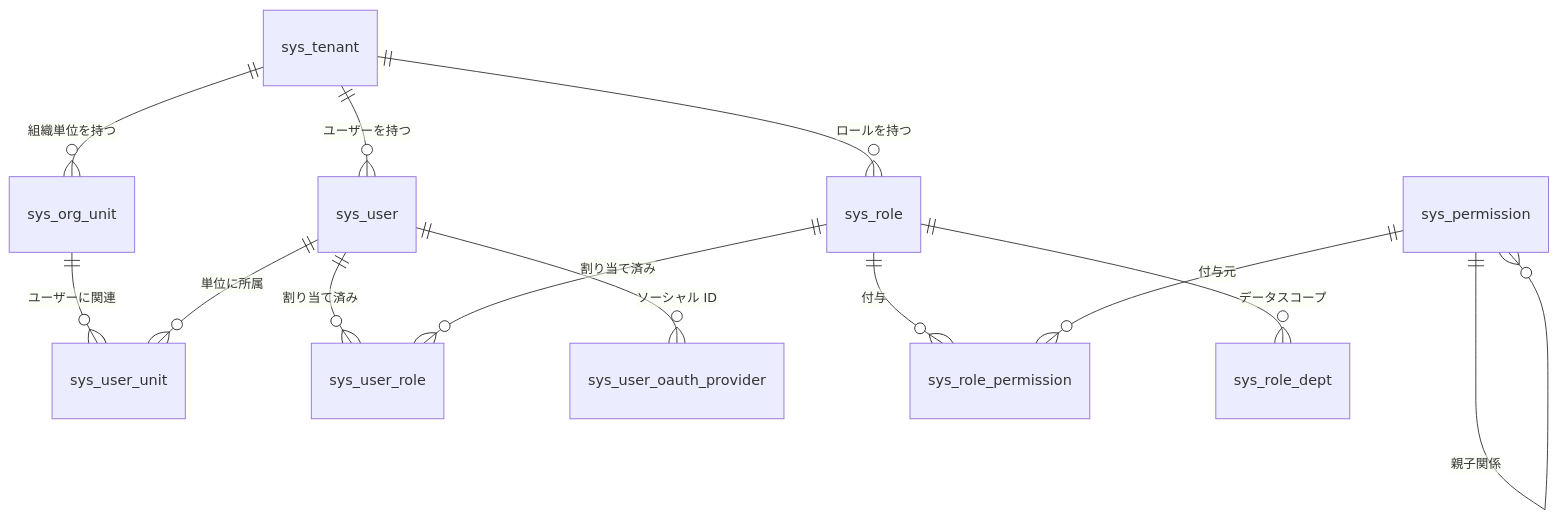
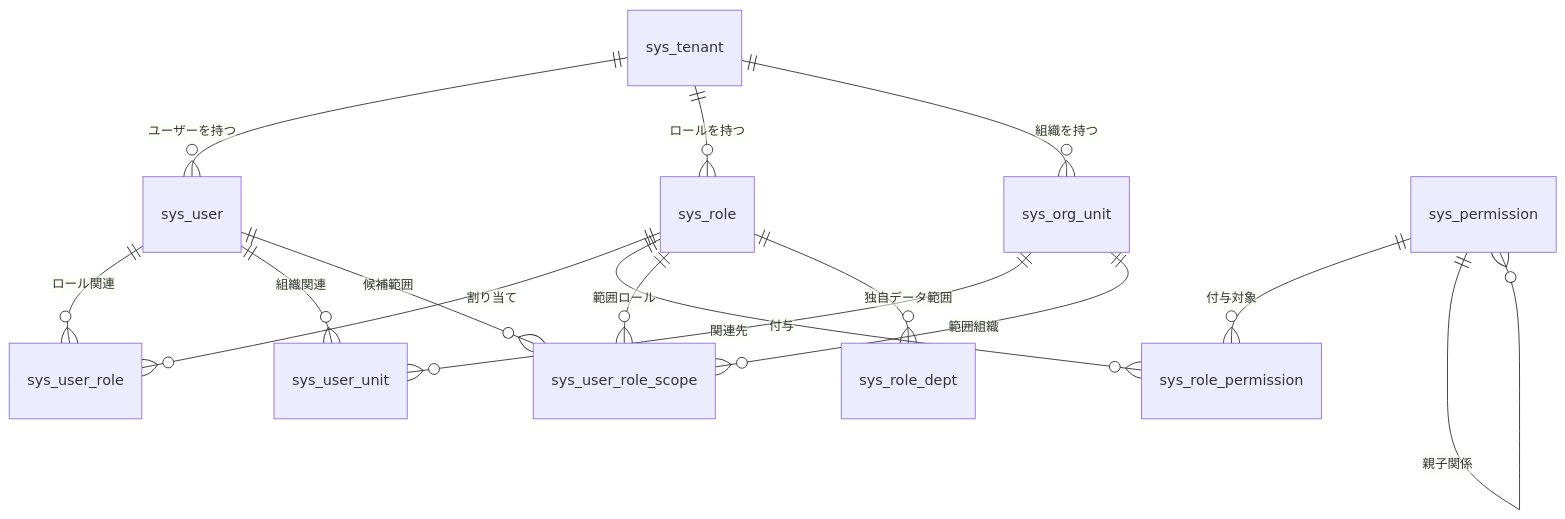
The diagram in docs/architecture.jp.md (wang-baohai/Omni-Stack), drawn with Mermaid before and after one commit. The commit also changed other lines of this file and 1095 other files, not shown here.

````diff
--- a/docs/architecture.jp.md
+++ b/docs/architecture.jp.md
@@ -415,15 +280,17 @@
 ```mermaid
 erDiagram
     sys_tenant ||--o{ sys_user : "ユーザーを持つ"
     sys_tenant ||--o{ sys_role : "ロールを持つ"
-    sys_tenant ||--o{ sys_org_unit : "組織単位を持つ"
-    sys_org_unit ||--o{ sys_user_unit : "ユーザーに関連"
-    sys_user ||--o{ sys_user_unit : "単位に所属"
-    sys_user ||--o{ sys_user_role : "割り当て済み"
-    sys_user ||--o{ sys_user_oauth_provider : "ソーシャル ID"
-    sys_role ||--o{ sys_user_role : "割り当て済み"
+    sys_tenant ||--o{ sys_org_unit : "組織を持つ"
+    sys_user ||--o{ sys_user_role : "ロール関連"
+    sys_role ||--o{ sys_user_role : "割り当て"
     sys_role ||--o{ sys_role_permission : "付与"
-    sys_role ||--o{ sys_role_dept : "データスコープ"
-    sys_permission ||--o{ sys_role_permission : "付与元"
+    sys_permission ||--o{ sys_role_permission : "付与対象"
+    sys_user ||--o{ sys_user_unit : "組織関連"
+    sys_org_unit ||--o{ sys_user_unit : "関連先"
+    sys_user ||--o{ sys_user_role_scope : "候補範囲"
+    sys_role ||--o{ sys_user_role_scope : "範囲ロール"
+    sys_org_unit ||--o{ sys_user_role_scope : "範囲組織"
+    sys_role ||--o{ sys_role_dept : "独自データ範囲"
     sys_permission ||--o{ sys_permission : "親子関係"
 ```
````
